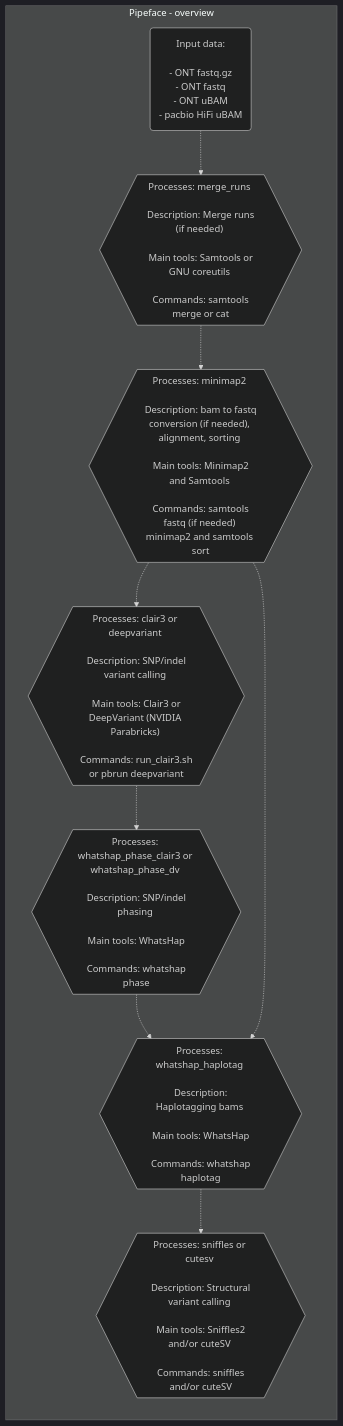
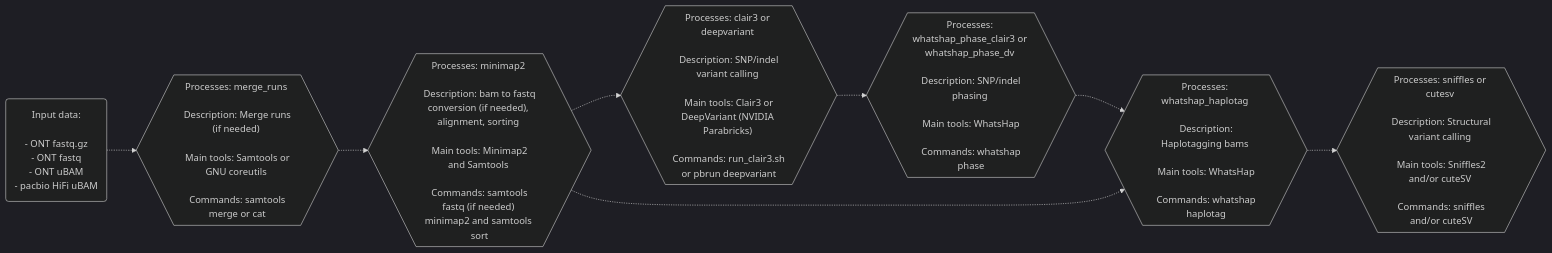
Before and after one commit to leahkemp/pipeface: the first of 2 diagrams in README.md, drawn with Mermaid. The commit also changed other lines of this file, not shown here.

````diff
--- a/README.md
+++ b/README.md
@@ -16,20 +16,16 @@
 ```mermaid
 %%{init: {'theme':'dark'}}%%
 flowchart LR
-
-subgraph "Pipeface - overview"
 
 input_data("Input data: \n\n - ONT fastq.gz \n - ONT fastq \n - ONT uBAM \n - pacbio HiFi uBAM")
 merging{{"Processes: merge_runs \n\n Description: Merge runs (if needed) \n\n Main tools: Samtools or GNU coreutils \n\n Commands: samtools merge or cat"}}
 alignment{{"Processes: minimap2 \n\n Description: bam to fastq conversion (if needed), alignment, sorting \n\n Main tools: Minimap2 and Samtools \n\n Commands: samtools fastq (if needed) minimap2 and samtools sort"}}
 snp_indel_calling{{"Processes: clair3 or deepvariant \n\n Description: SNP/indel variant calling \n\n Main tools: Clair3 or DeepVariant (NVIDIA Parabricks) \n\n Commands: run_clair3.sh or pbrun deepvariant"}}
 snp_indel_phasing{{"Processes: whatshap_phase_clair3 or whatshap_phase_dv \n\n Description: SNP/indel phasing \n\n Main tools: WhatsHap \n\n Commands: whatshap phase"}}
 haplotagging{{"Processes: whatshap_haplotag \n\n Description: Haplotagging bams \n\n Main tools: WhatsHap \n\n Commands: whatshap haplotag"}}
 sv_calling{{"Processes: sniffles or cutesv \n\n Description: Structural variant calling \n\n Main tools: Sniffles2 and/or cuteSV \n\n Commands: sniffles and/or cuteSV"}}
 
 input_data-.->merging-.->alignment-.->snp_indel_calling-.->snp_indel_phasing-.->haplotagging-.->sv_calling
 alignment-.->haplotagging
 
-end
-
 ```
````
